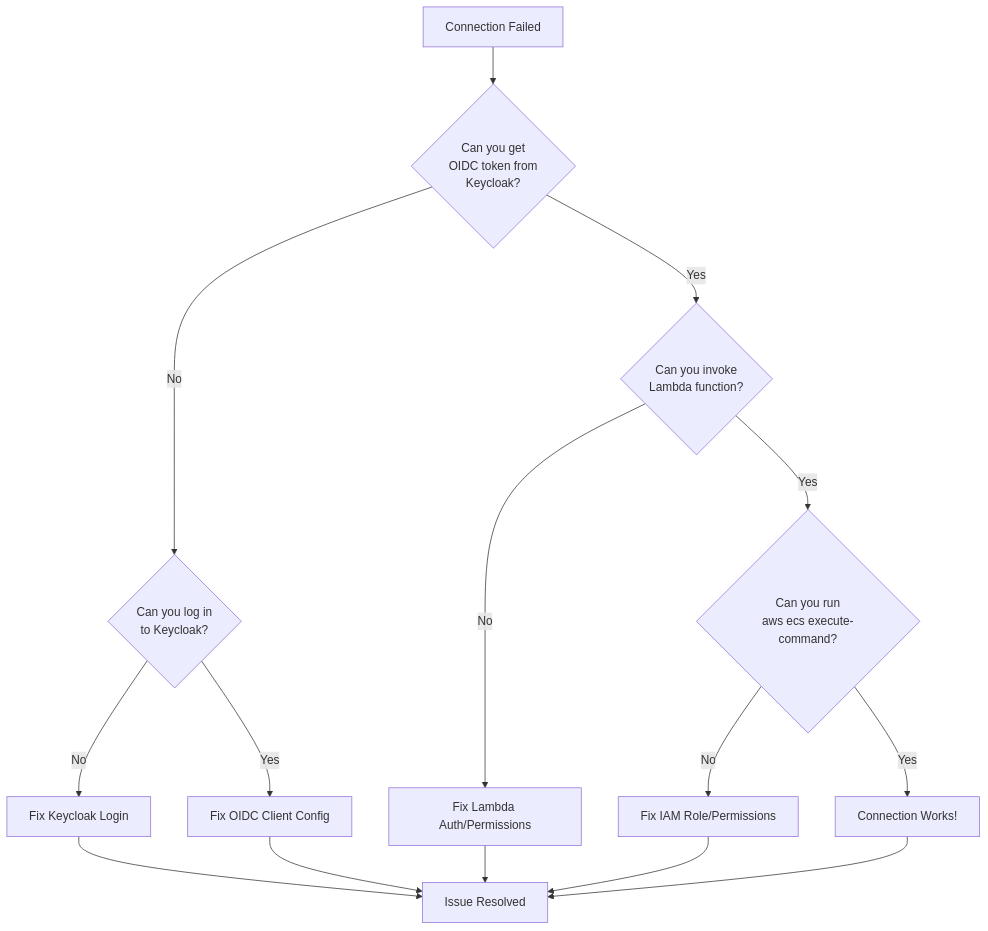
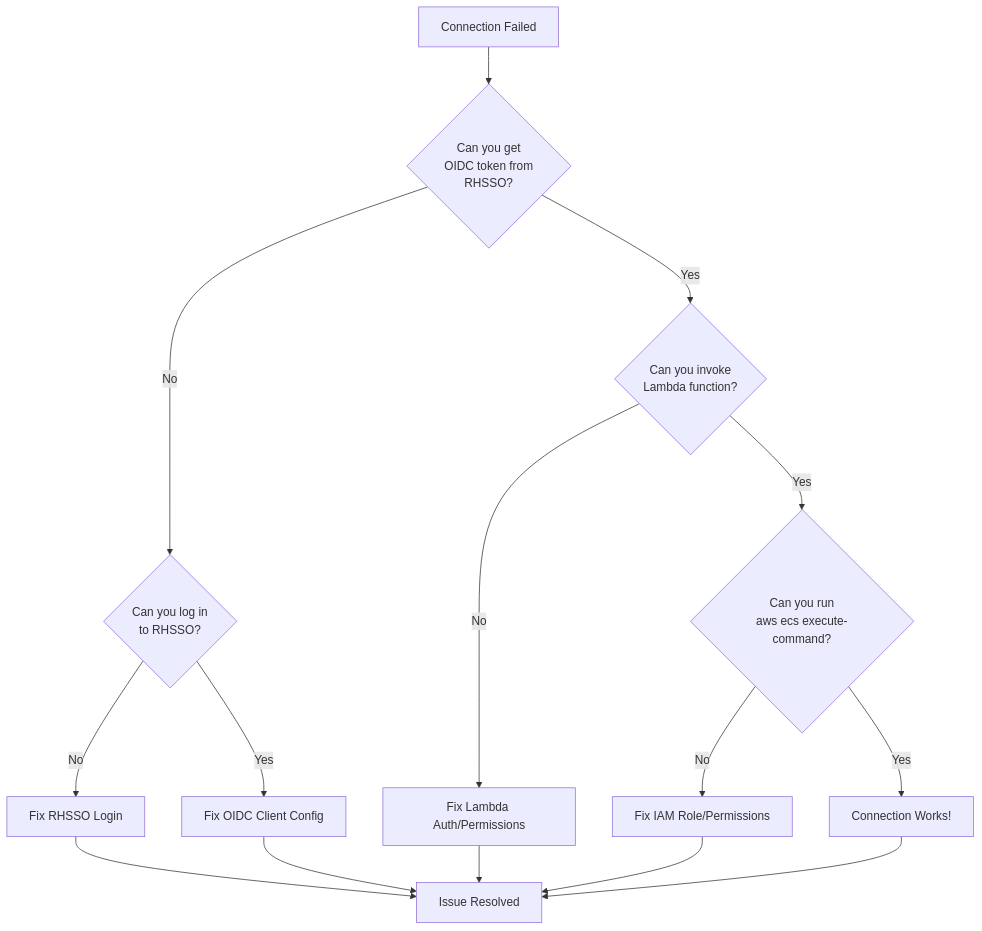
One commit to openshift-online/rosa-boundary changed the diagram in docs/runbooks/troubleshooting.md. Above: the diagram before and after it, drawn with Mermaid. The commit also changed other lines of this file and 39 other files, not shown here.

First line of the commit message:
refactor: replace Keycloak with Red Hat SSO (RHSSO) throughout

````diff
--- a/docs/runbooks/troubleshooting.md
+++ b/docs/runbooks/troubleshooting.md
@@ -9,22 +9,22 @@
 ```mermaid
 flowchart TD
-    Start[Connection Failed] --> Auth{Can you get<br/>OIDC token from<br/>Keycloak?}
+    Start[Connection Failed] --> Auth{Can you get<br/>OIDC token from<br/>RHSSO?}
 
-    Auth -->|No| KC{Can you log in<br/>to Keycloak?}
+    Auth -->|No| IDP{Can you log in<br/>to RHSSO?}
     Auth -->|Yes| Lambda{Can you invoke<br/>Lambda function?}
 
-    KC -->|No| KC_Fix[Fix Keycloak Login]
-    KC -->|Yes| OIDC_Fix[Fix OIDC Client Config]
+    IDP -->|No| IDP_Fix[Fix RHSSO Login]
+    IDP -->|Yes| OIDC_Fix[Fix OIDC Client Config]
 
     Lambda -->|No| Lambda_Fix[Fix Lambda Auth/Permissions]
     Lambda -->|Yes| AWS{Can you run<br/>aws ecs execute-command?}
 
     AWS -->|No| IAM_Fix[Fix IAM Role/Permissions]
     AWS -->|Yes| Success[Connection Works!]
 
-    KC_Fix --> End[Issue Resolved]
+    IDP_Fix --> End[Issue Resolved]
     OIDC_Fix --> End
     Lambda_Fix --> End
     IAM_Fix --> End
     Success --> End
 ```
````
